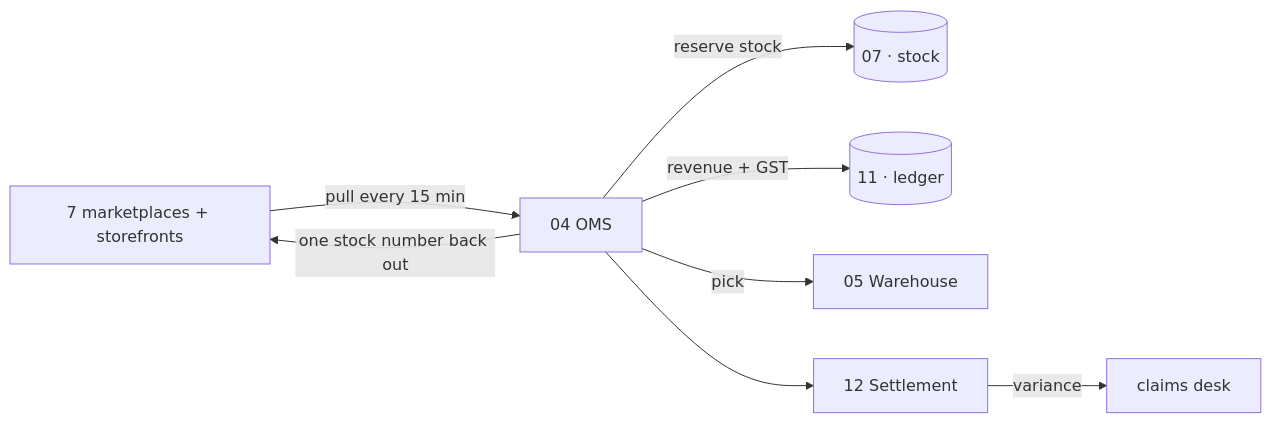
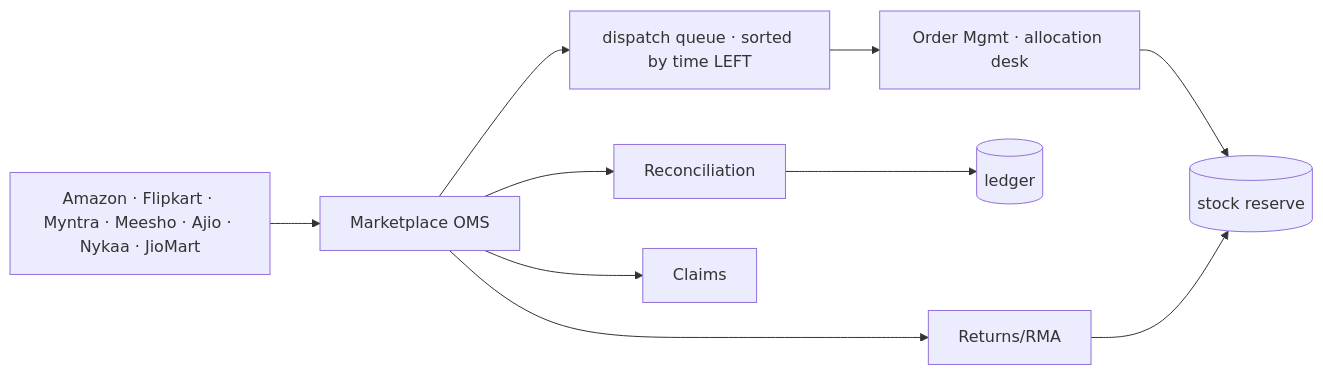
Before and after one commit to vastrangam/AI_Content_Engine: the fourth of 16 diagrams in VASTRANGAM_MODULES_COMPLETE.md, drawn with Mermaid. The commit also changed other lines of this file and 1 other file, not shown here.

````diff
--- a/VASTRANGAM_MODULES_COMPLETE.md
+++ b/VASTRANGAM_MODULES_COMPLETE.md
@@ -360,10 +291,10 @@
 ```mermaid
 flowchart LR
-  P[7 marketplaces + storefronts] -->|pull every 15 min| O[04 OMS]
-  O -->|reserve stock| INV[(07 · stock)]
-  O -->|revenue + GST| GL[(11 · ledger)]
-  O -->|pick| WH[05 Warehouse]
-  O --> ST[12 Settlement]
-  ST -->|variance| CL[claims desk]
-  O -->|one stock number back out| P
+  MP[Amazon · Flipkart · Myntra · Meesho · Ajio · Nykaa · JioMart] --> OMS[Marketplace OMS]
+  OMS --> Q[dispatch queue · sorted by time LEFT]
+  Q --> ALLOC[Order Mgmt · allocation desk]
+  ALLOC --> INV[(stock reserve)]
+  OMS --> REC[Reconciliation] --> GL[(ledger)]
+  OMS --> RET[Returns/RMA] --> INV
+  OMS --> CLM[Claims] 
 ```
````
